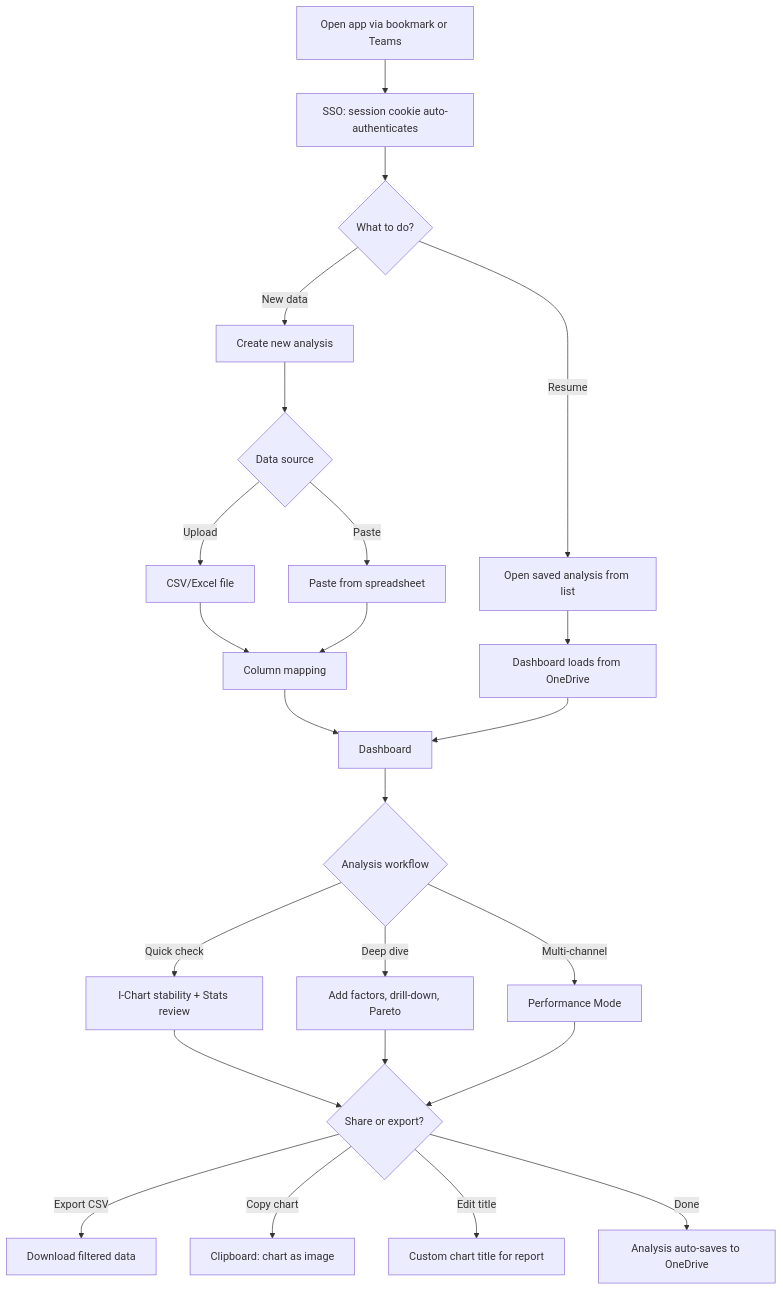
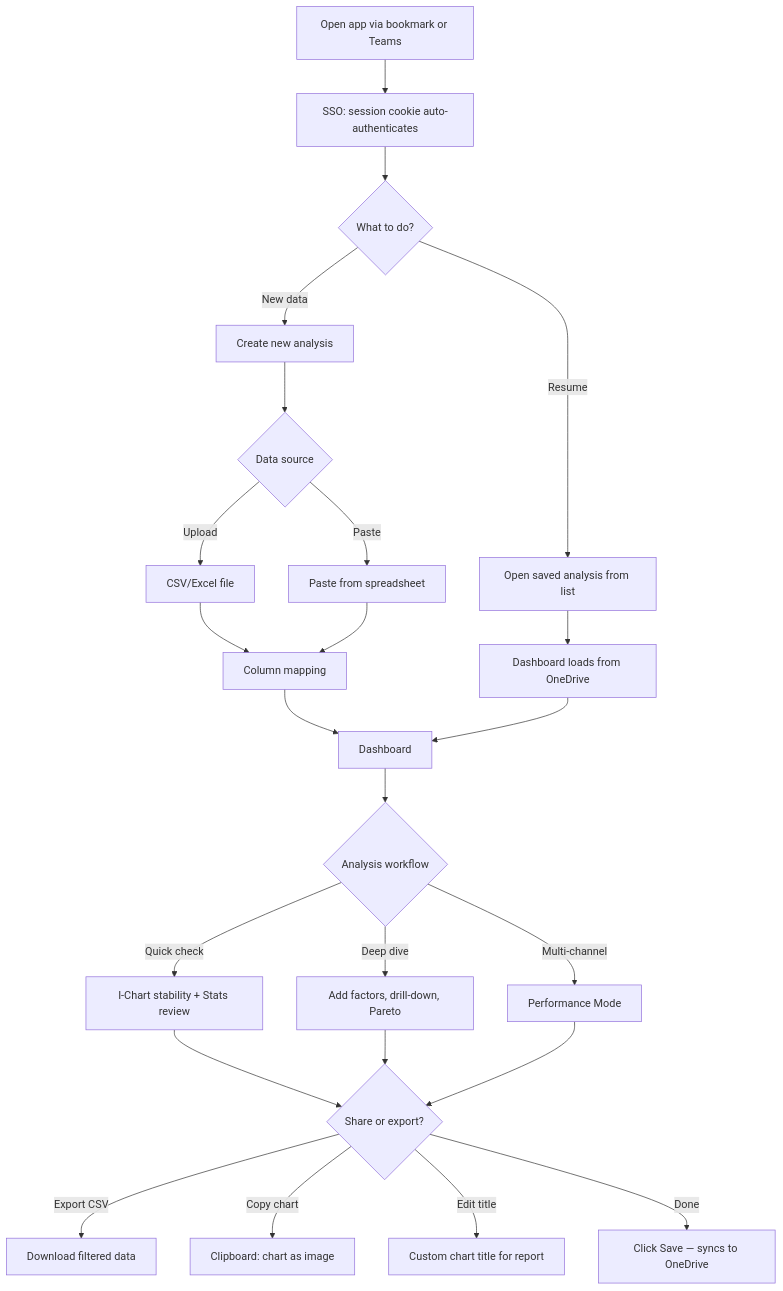
The first of 2 diagrams in docs/02-journeys/flows/azure-daily-use.md (jukka-matti/variscout), drawn with Mermaid before and after one commit. The commit also changed other lines of this file and 40 other files, not shown here.

````diff
--- a/docs/02-journeys/flows/azure-daily-use.md
+++ b/docs/02-journeys/flows/azure-daily-use.md
@@ -35,26 +35,26 @@
 ```mermaid
 flowchart TD
     A[Open app via bookmark or Teams] --> B[SSO: session cookie auto-authenticates]
     B --> C{What to do?}
     C -->|Resume| D[Open saved analysis from list]
     C -->|New data| E[Create new analysis]
     D --> F[Dashboard loads from OneDrive]
     E --> G{Data source}
     G -->|Upload| H[CSV/Excel file]
     G -->|Paste| I[Paste from spreadsheet]
     H --> J[Column mapping]
     I --> J
     J --> K[Dashboard]
     F --> K
     K --> L{Analysis workflow}
     L -->|Quick check| M[I-Chart stability + Stats review]
     L -->|Deep dive| N[Add factors, drill-down, Pareto]
     L -->|Multi-channel| O[Performance Mode]
     M --> P{Share or export?}
     N --> P
     O --> P
     P -->|Export CSV| Q[Download filtered data]
     P -->|Copy chart| R[Clipboard: chart as image]
     P -->|Edit title| S[Custom chart title for report]
-    P -->|Done| T[Analysis auto-saves to OneDrive]
+    P -->|Done| T[Click Save — syncs to OneDrive]
 ```
````
